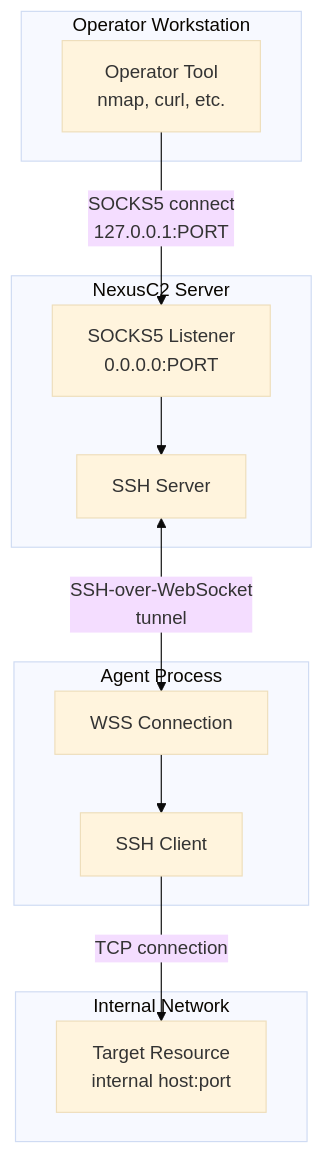
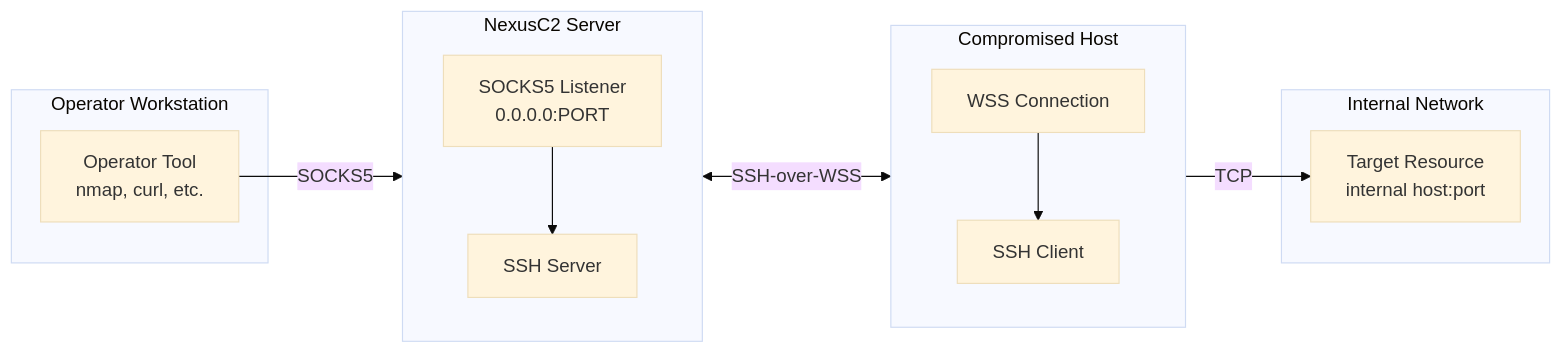
Before and after one commit to seahop/NexusC2: the diagram in website/content/docs/socks-proxy.md, drawn with Mermaid (base theme). The commit also changed other lines of this file and 21 other files, not shown here.

```diff
--- a/website/content/docs/socks-proxy.md
+++ b/website/content/docs/socks-proxy.md
@@ -24,26 +24,28 @@
 {{< mermaid >}}
-flowchart TB
+flowchart LR
     subgraph Operator["Operator Workstation"]
         TOOL[Operator Tool<br/>nmap, curl, etc.]
     end
 
     subgraph Server["NexusC2 Server"]
+        direction TB
         SOCKS[SOCKS5 Listener<br/>0.0.0.0:PORT]
         SSH_SRV[SSH Server]
+        SOCKS --> SSH_SRV
     end
 
-    subgraph Agent["Agent Process"]
+    subgraph Agent["Compromised Host"]
+        direction TB
+        WSS[WSS Connection]
         SSH_CLI[SSH Client]
-        WSS[WSS Connection]
+        WSS --> SSH_CLI
     end
 
     subgraph Target["Internal Network"]
         RES[Target Resource<br/>internal host:port]
     end
 
-    TOOL -->|SOCKS5 connect<br/>127.0.0.1:PORT| SOCKS
-    SOCKS --> SSH_SRV
-    SSH_SRV <-->|SSH-over-WebSocket<br/>tunnel| WSS
-    WSS --> SSH_CLI
-    SSH_CLI -->|TCP connection| RES
+    TOOL -->|SOCKS5| SOCKS
+    SSH_SRV <-->|SSH-over-WSS| WSS
+    SSH_CLI -->|TCP| RES
 {{< /mermaid >}}
```
